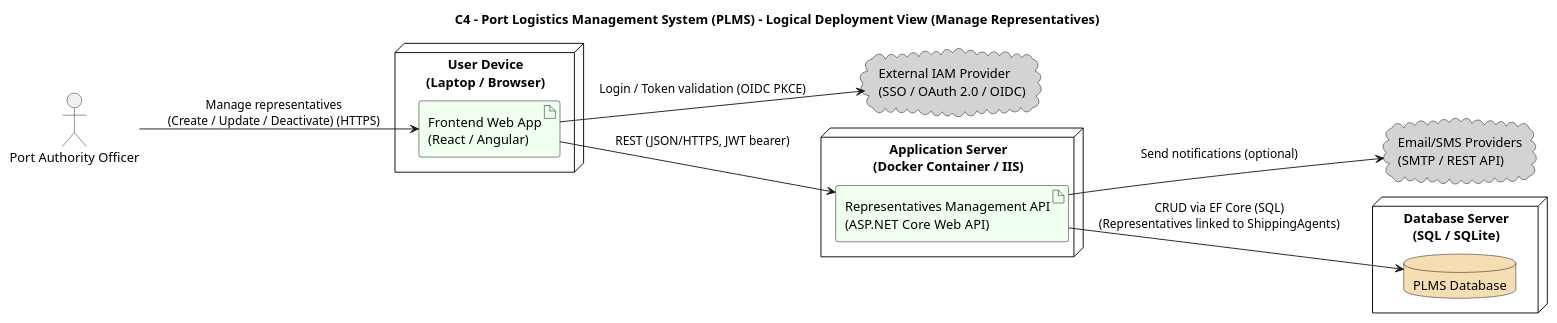
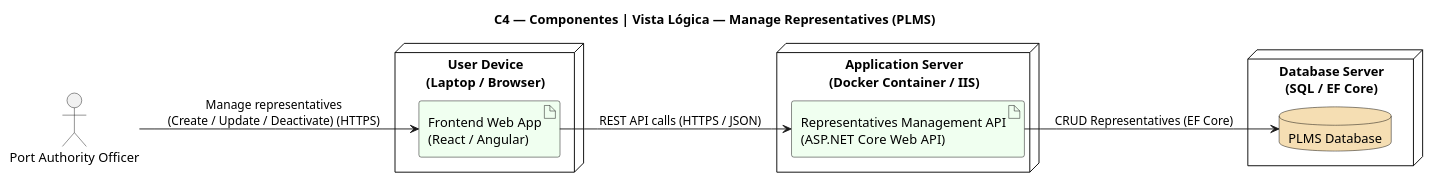
One commit to Departamento-de-Engenharia-Informatica/LEI-SEM5-PI-2025-26-3DM-03 changed the diagram in Docs/Sprint A/US 2.2.6/Modelo c4/C4_Logica.puml. Above: the diagram before and after it, drawn with PlantUML. The commit also changed 12 other files, not shown here.

```diff
--- a/Docs/Sprint A/US 2.2.6/Modelo c4/C4_Logica.puml
+++ b/Docs/Sprint A/US 2.2.6/Modelo c4/C4_Logica.puml
@@ -1,49 +1,39 @@
 @startuml C4_Manage_Representatives_Logical_View
-title C4 – Port Logistics Management System (PLMS) – Logical Deployment View (Manage Representatives)
+title C4 — Componentes | Vista Lógica — Manage Representatives (PLMS)
 left to right direction
 
 skinparam node {
   BackgroundColor White
-  BorderColor Black
-  FontColor Black
-}
-skinparam cloud {
-  BackgroundColor LightGray
   BorderColor Black
   FontColor Black
 }
 skinparam database {
   BackgroundColor Wheat
   BorderColor Black
   FontColor Black
 }
 skinparam artifact {
   BackgroundColor HoneyDew
   BorderColor Black
   FontColor Black
 }
 
 actor "Port Authority Officer" as Officer
 
 node "User Device\n(Laptop / Browser)" as Client {
   artifact "Frontend Web App\n(React / Angular)" as Frontend
 }
 
 node "Application Server\n(Docker Container / IIS)" as AppServer {
   artifact "Representatives Management API\n(ASP.NET Core Web API)" as API
 }
 
-node "Database Server\n(SQL / SQLite)" as DBServer {
+node "Database Server\n(SQL / EF Core)" as DBServer {
   database "PLMS Database" as Database
 }
 
-cloud "External IAM Provider\n(SSO / OAuth 2.0 / OIDC)" as IAM
-cloud "Email/SMS Providers\n(SMTP / REST API)" as Notif
-
 Officer --> Frontend : Manage representatives\n(Create / Update / Deactivate) (HTTPS)
-Frontend --> IAM : Login / Token validation (OIDC PKCE)
-Frontend --> API : REST (JSON/HTTPS, JWT bearer)
-API --> Database : CRUD via EF Core (SQL)\n(Representatives linked to ShippingAgents)
-API --> Notif : Send notifications (optional)
+Frontend --> API : REST API calls (HTTPS / JSON)
+API --> Database : CRUD Representatives (EF Core)
 
 @enduml
```
